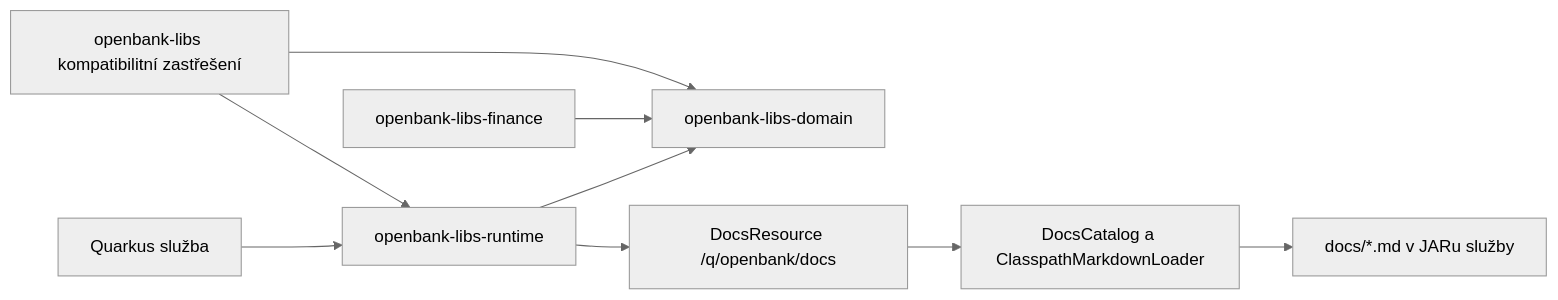
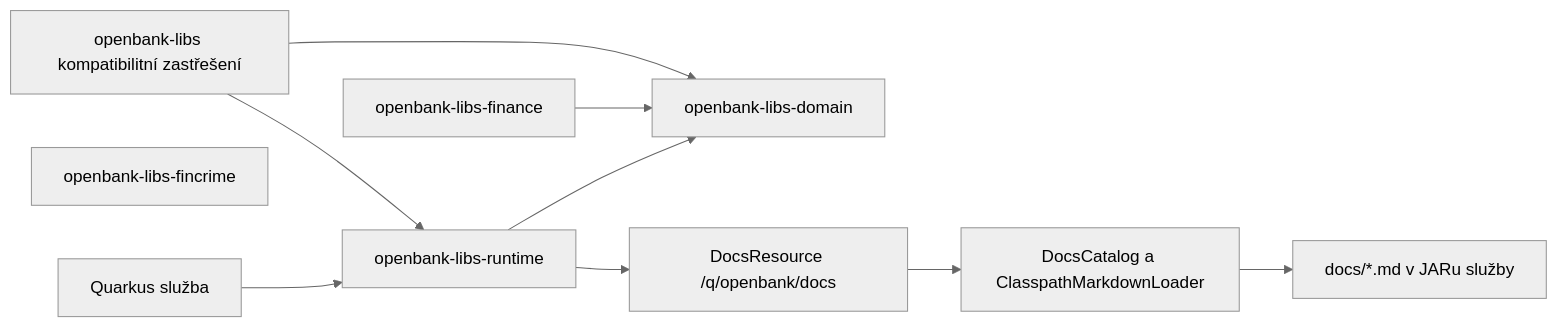
Before and after one commit to JiRaska/open-bank-oss: the diagram in openbank-libs/docs/02-architecture.cs.md, drawn with Mermaid (neutral theme). The commit also changed 33 other files, not shown here.

First line of the commit message:
fix(fraud): share the financial-crime vocabulary in openbank-libs-fincrime

````diff
--- a/openbank-libs/docs/02-architecture.cs.md
+++ b/openbank-libs/docs/02-architecture.cs.md
@@ -5,11 +5,12 @@
 ```mermaid
 flowchart LR
   Service[Quarkus služba] --> Runtime[openbank-libs-runtime]
   Runtime --> Domain[openbank-libs-domain]
   Finance[openbank-libs-finance] --> Domain
+  Fincrime[openbank-libs-fincrime]
   Legacy[openbank-libs kompatibilitní zastřešení] --> Runtime
   Legacy --> Domain
   Runtime --> DocsResource[DocsResource /q/openbank/docs]
   DocsResource --> DocsCatalog[DocsCatalog a ClasspathMarkdownLoader]
   DocsCatalog --> ServiceDocs[docs/*.md v JARu služby]
 ```
````
